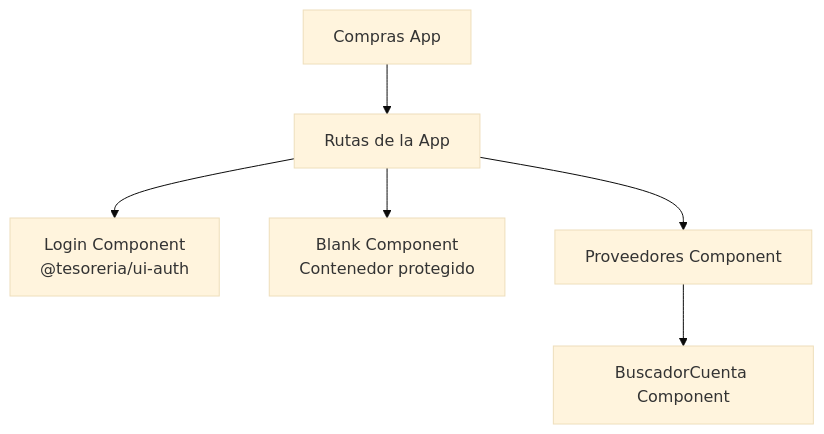
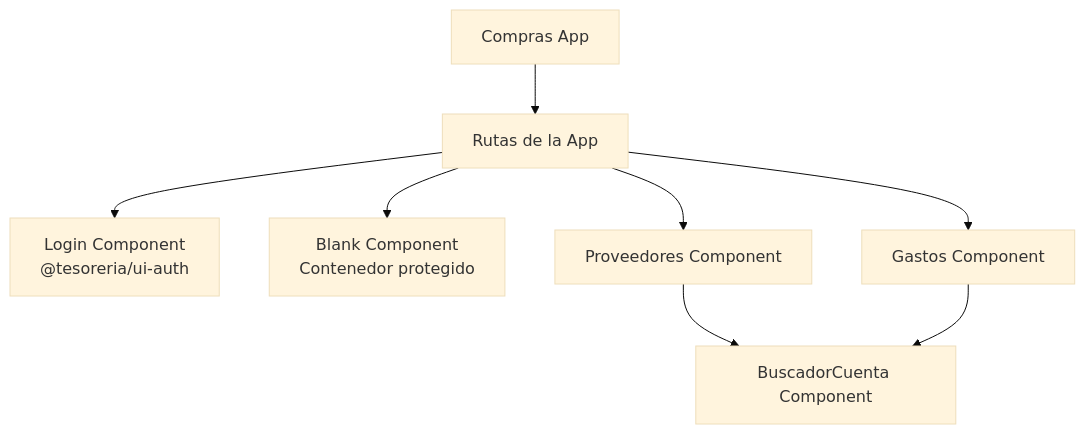
Before and after one commit to UM-services/UM.tesoreria.frontend-client: the third of 4 diagrams in docs/architecture.md, drawn with Mermaid (base theme). The commit also changed 9 other files, not shown here.

````diff
--- a/docs/architecture.md
+++ b/docs/architecture.md
@@ -58,9 +58,11 @@
 ```mermaid
 graph TD
     ComprasApp[Compras App] --> AppRoutes[Rutas de la App]
     AppRoutes --> Login[Login Component<br/>@tesoreria/ui-auth]
     AppRoutes --> Blank[Blank Component<br/>Contenedor protegido]
     AppRoutes --> Proveedores[Proveedores Component]
+    AppRoutes --> Gastos[Gastos Component]
 
     Proveedores --> BuscadorCuenta[BuscadorCuenta Component]
+    Gastos --> BuscadorCuenta[BuscadorCuenta Component]
 ```
````
